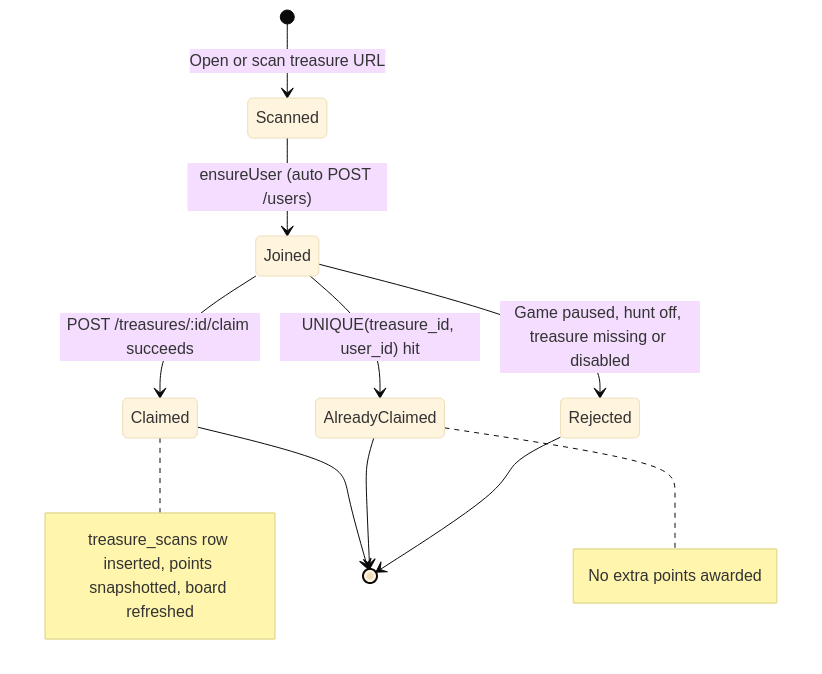
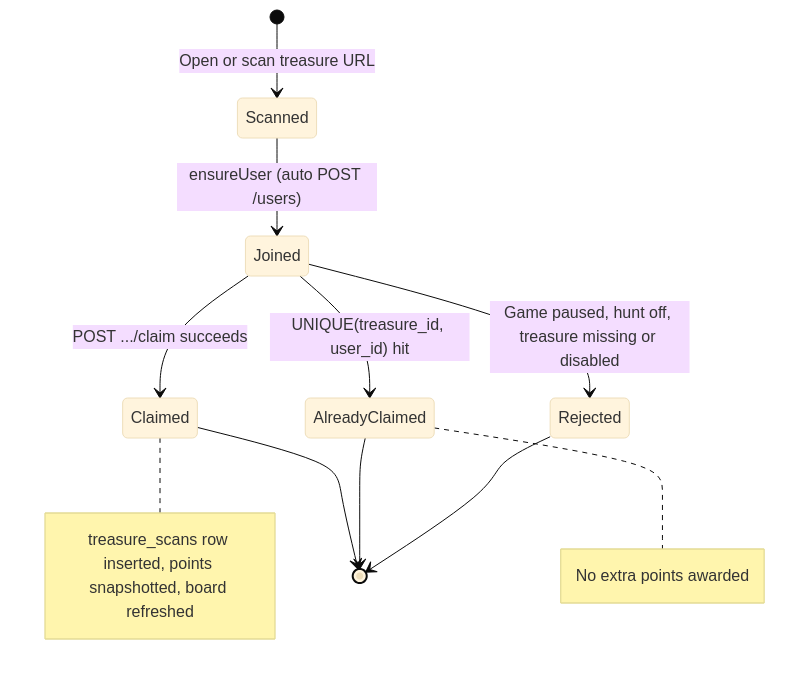
One commit to vhiribarren/qrmeet changed the sixth of 8 diagrams in docs/flows.md. Above: the diagram before and after it, drawn with Mermaid (base theme). The commit also changed other lines of this file and 1 other file, not shown here.

````diff
--- a/docs/flows.md
+++ b/docs/flows.md
@@ -150,13 +151,13 @@
 ```mermaid
 stateDiagram-v2
     [*] --> Scanned : Open or scan treasure URL
     Scanned --> Joined : ensureUser (auto POST /users)
-    Joined --> Claimed : POST /treasures/:id/claim succeeds
+    Joined --> Claimed : POST .../claim succeeds
     note right of Claimed : treasure_scans row inserted, points snapshotted, board refreshed
     Joined --> AlreadyClaimed : UNIQUE(treasure_id, user_id) hit
     note right of AlreadyClaimed : No extra points awarded
     Joined --> Rejected : Game paused, hunt off, treasure missing or disabled
     Claimed --> [*]
     AlreadyClaimed --> [*]
     Rejected --> [*]
 ```
````
